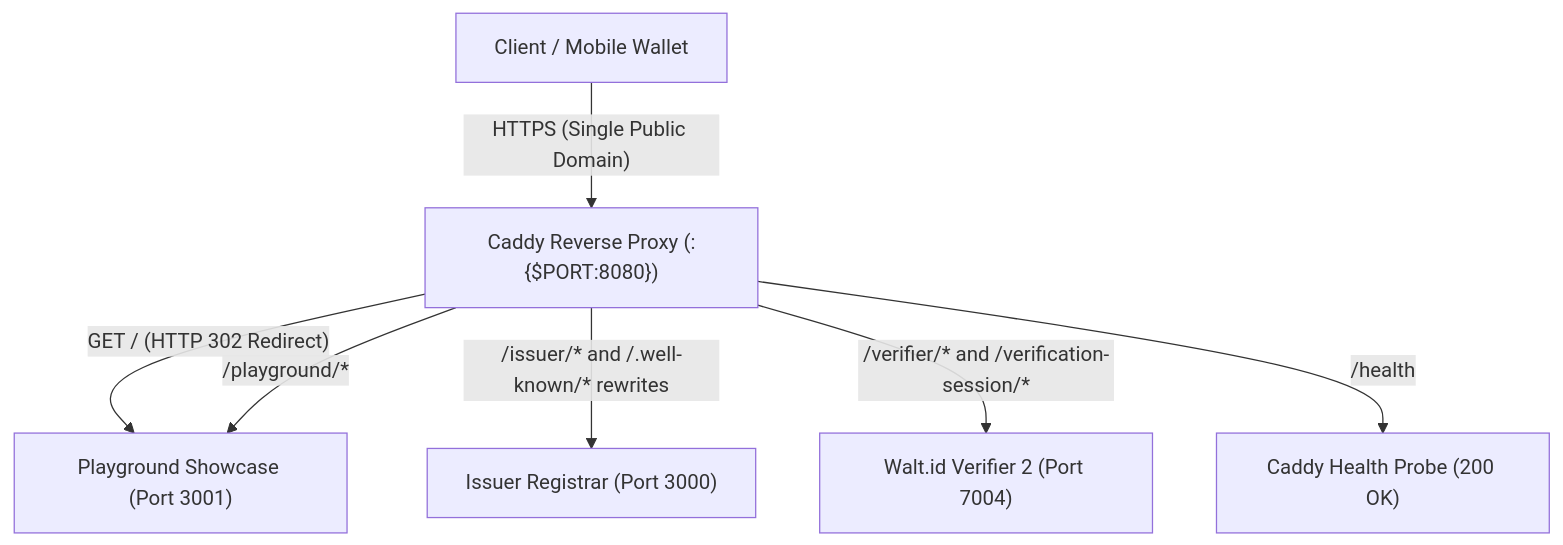
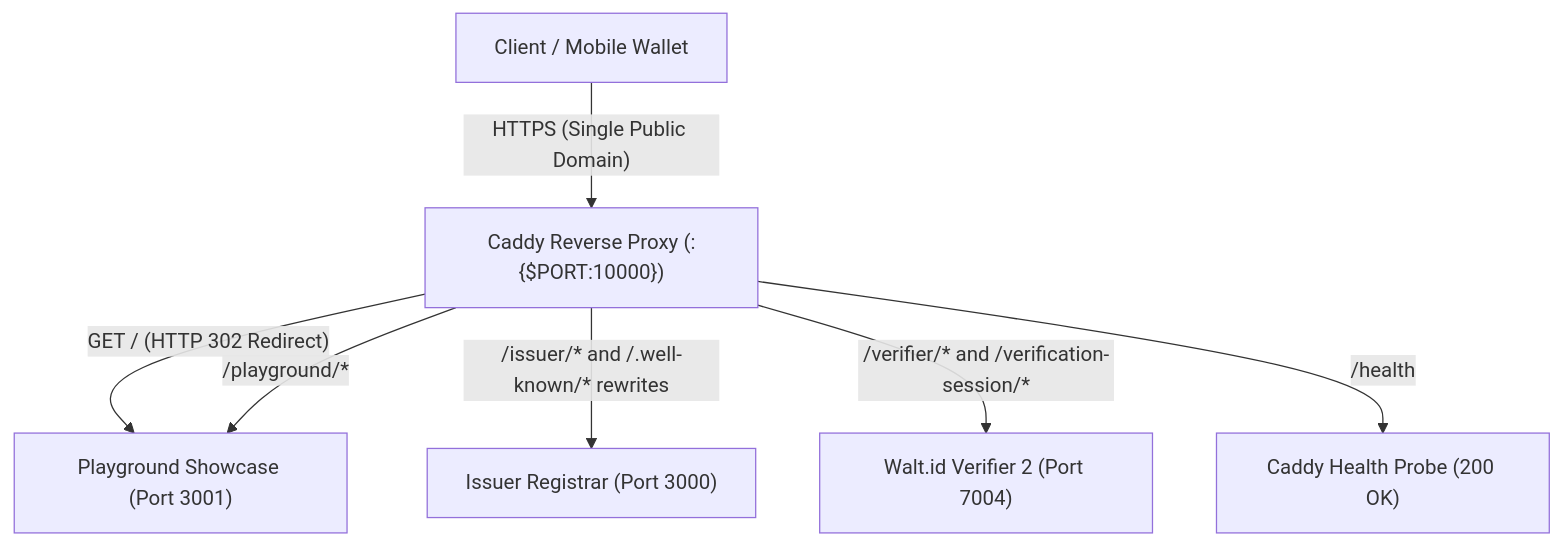
One commit to huypengin/UniDipVeri changed the diagram in deploy/README.md. Above: the diagram before and after it, drawn with Mermaid. The commit also changed other lines of this file and 6 other files, not shown here.

Commit message:
fix(deploy): lock render to gateway port 10000 and bind microservices to loopback

````diff
--- a/deploy/README.md
+++ b/deploy/README.md
@@ -13,10 +13,10 @@
 ```mermaid
 flowchart TD
-    Client["Client / Mobile Wallet"] -->|"HTTPS (Single Public Domain)"| Gateway["Caddy Reverse Proxy (:{$PORT:8080})"]
+    Client["Client / Mobile Wallet"] -->|"HTTPS (Single Public Domain)"| Gateway["Caddy Reverse Proxy (:{$PORT:10000})"]
 
     Gateway -->|"GET / (HTTP 302 Redirect)"| Playground["Playground Showcase (Port 3001)"]
     Gateway -->|"/playground/*"| Playground
     Gateway -->|"/issuer/* and /.well-known/* rewrites"| Issuer["Issuer Registrar (Port 3000)"]
     Gateway -->|"/verifier/* and /verification-session/*"| Verifier["Walt.id Verifier 2 (Port 7004)"]
     Gateway -->|"/health"| Health["Caddy Health Probe (200 OK)"]
 ```
````
